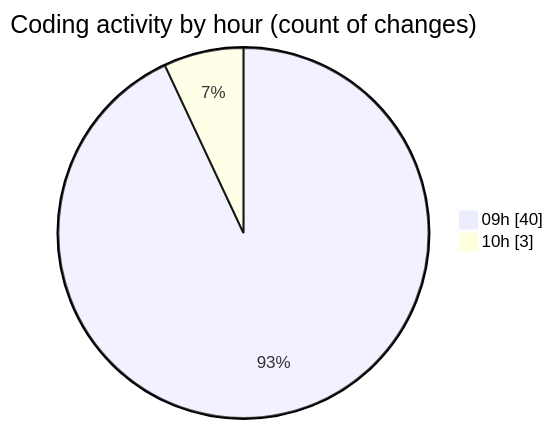
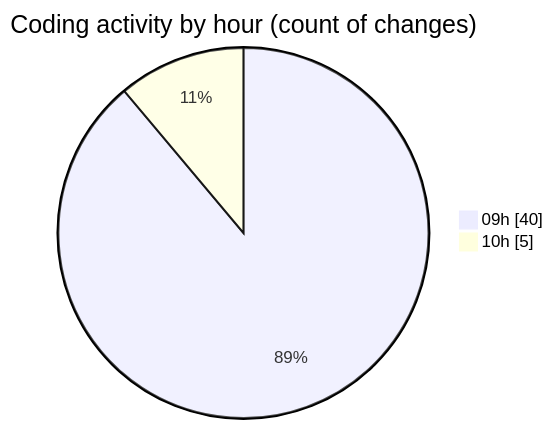
Before and after one commit to momahboobian/code-tracking: the second of 2 diagrams in 2026-06-15/cda/README.md, drawn with Mermaid. The commit also changed other lines of this file and 1 other file, not shown here.

````diff
--- a/2026-06-15/cda/README.md
+++ b/2026-06-15/cda/README.md
@@ -72,6 +73,6 @@
 ```mermaid
 pie showData
 title Coding activity by hour (count of changes)
 "09h" : 40
-"10h" : 3
+"10h" : 5
 ```
````
